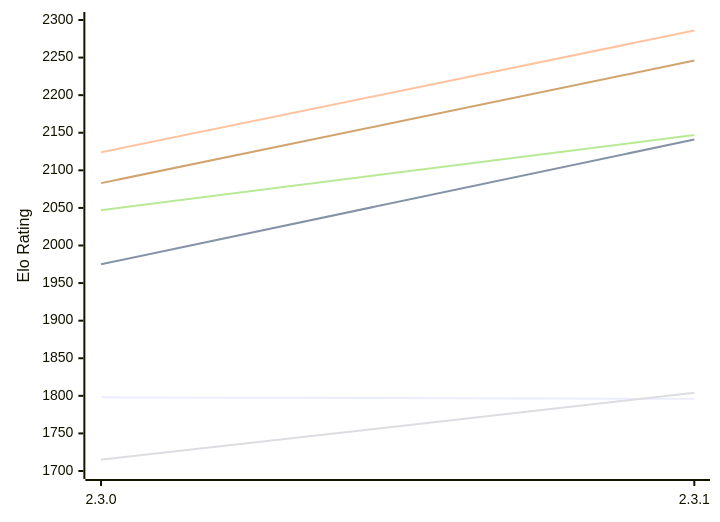
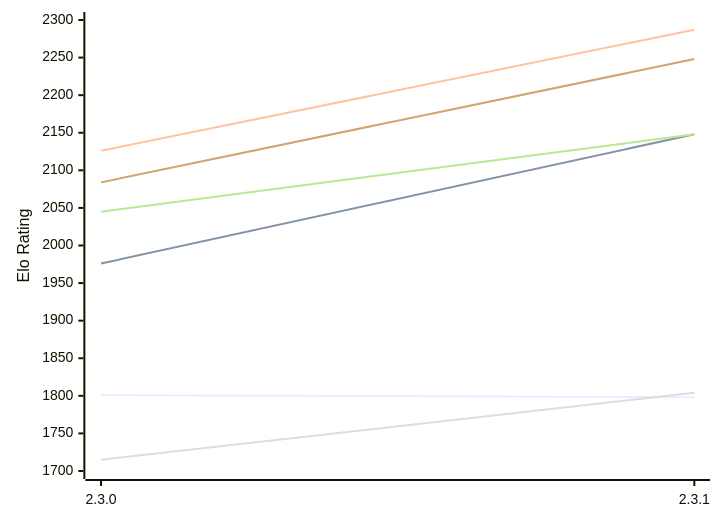
One commit to computer-chess-index/cci changed the first of 2 diagrams in engines/Kreveta.md. Above: the diagram before and after it, drawn with Mermaid. The commit also changed other lines of this file, not shown here.

Commit message:
Update CCI Ratings (ELO VLTC) - 2026-11-19

````diff
--- a/engines/Kreveta.md
+++ b/engines/Kreveta.md
@@ -59,12 +59,12 @@
 ```mermaid
 %%{init: {"theme":"base","themeVariables":{"seriesColors:['#a3a3a3','#222221','#faa371']}}}%%
 xychart-beta
   x-axis ["2.3.0", "2.3.1"]
   y-axis "Elo Rating" 1700 --> 2300
-  line "E1: STC (8.0+0.08s)" [1798, 1796]
-  line "E1: LTC (60.0+0.60s)" [1975, 2141]
-  line "E1: VLTC (2m24s+1.12s)" [2124, 2286]
+  line "E1: STC (8.0+0.08s)" [1801, 1798]
+  line "E1: LTC (60.0+0.60s)" [1976, 2148]
+  line "E1: VLTC (2m24s+1.12s)" [2126, 2287]
   line "P1: STC (8.0+0.08s)" [1715, 1804]
-  line "P1: LTC (60.0+0.60s)" [2047, 2147]
-  line "P1: VLTC (2m24s+1.12s)" [2083, 2246]
+  line "P1: LTC (60.0+0.60s)" [2045, 2148]
+  line "P1: VLTC (2m24s+1.12s)" [2084, 2248]
 ```
````
